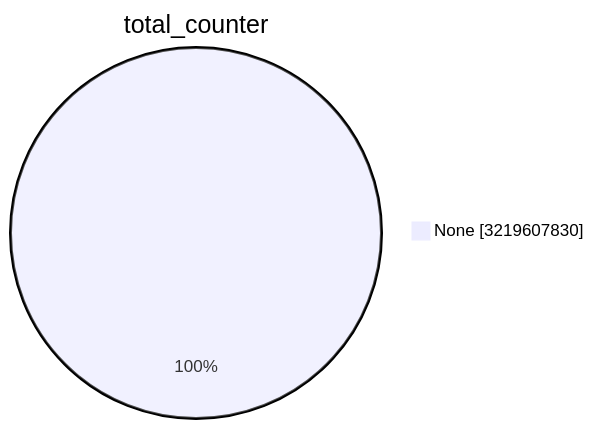
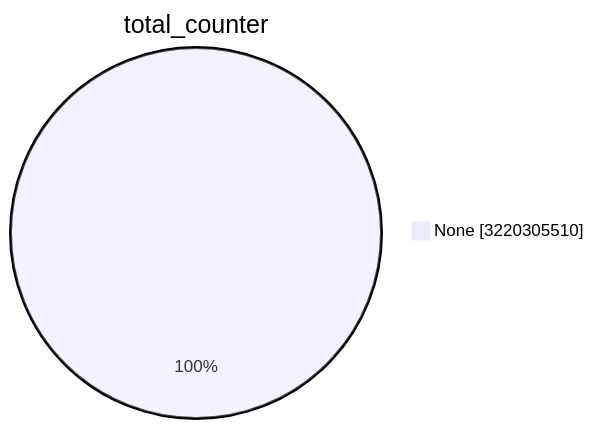
Before and after one commit to christiankrug/ctmonitor_visualization: the first of 15 diagrams in TOTAL/README.md, drawn with Mermaid. The commit also changed other lines of this file, not shown here.

````diff
--- a/TOTAL/README.md
+++ b/TOTAL/README.md
@@ -1,5 +1,5 @@
 ```mermaid
 pie showData
 title total_counter
-"None" :3219607830
+"None" :3220305510
 ```
````
